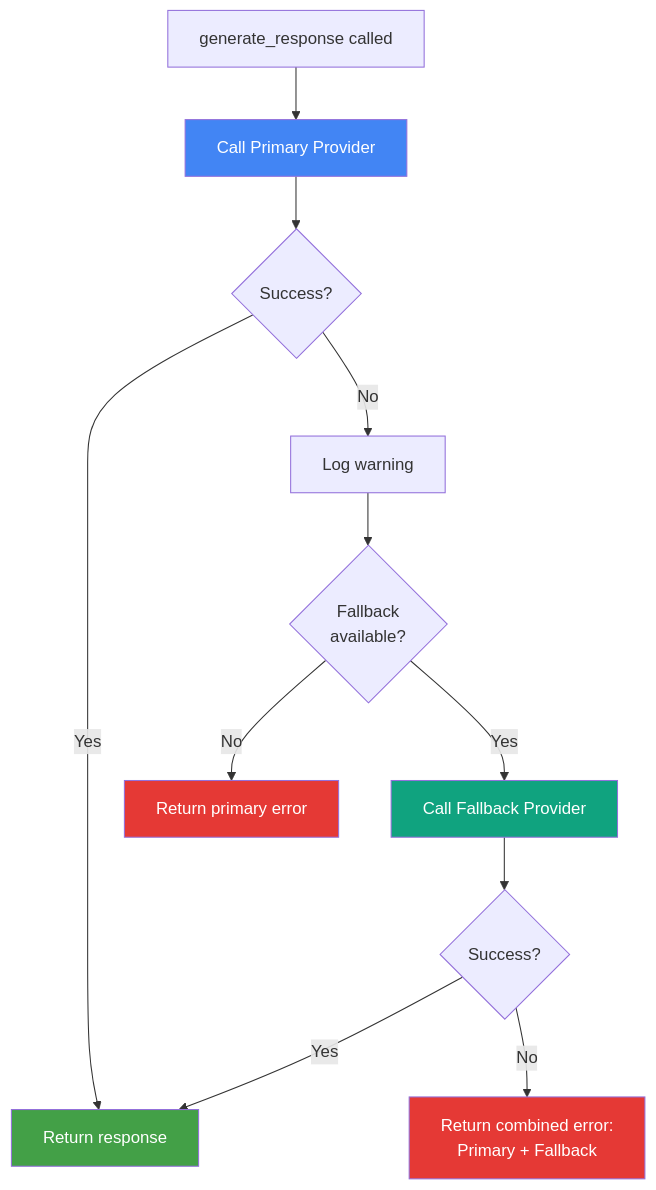
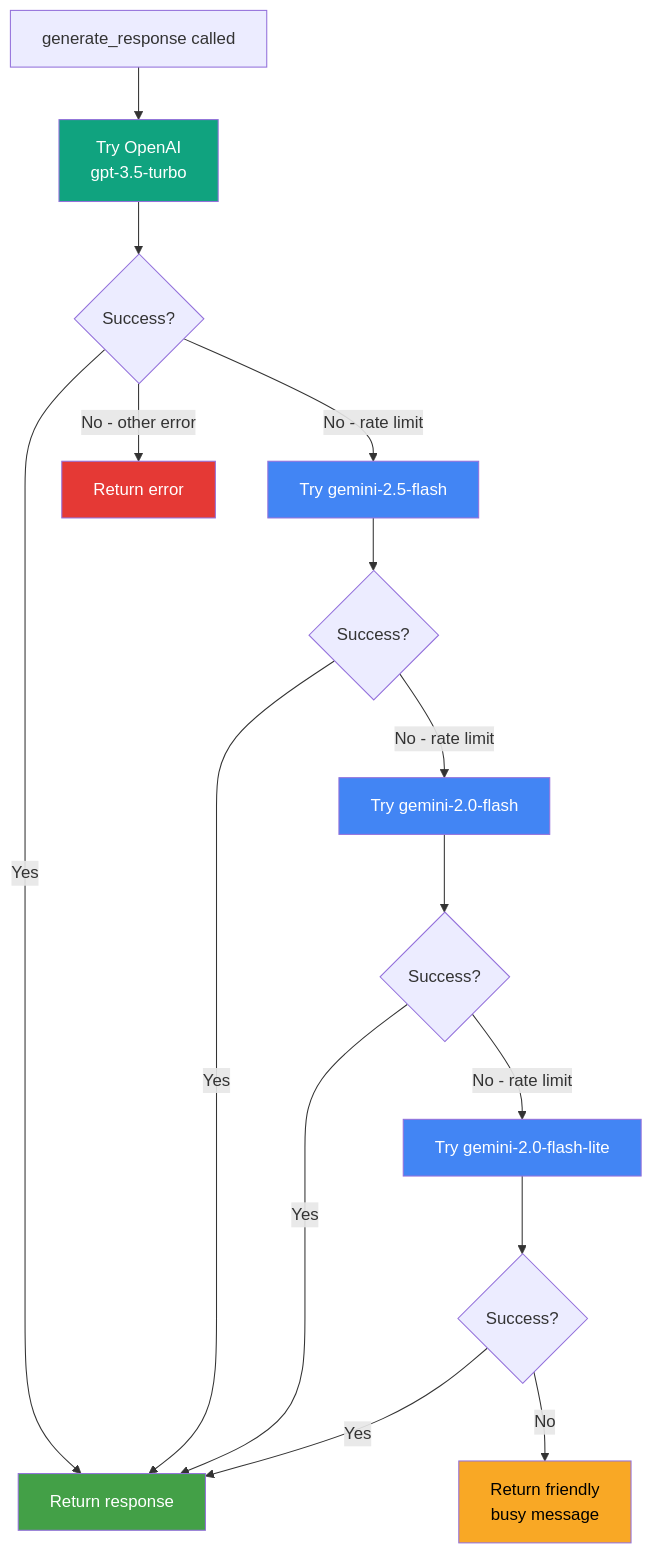
The fourth of 6 diagrams in README.md (EHTESHAM1231/chatbot), drawn with Mermaid before and after one commit. The commit also changed other lines of this file, not shown here.

````diff
--- a/README.md
+++ b/README.md
@@ -139,19 +192,25 @@
 ```mermaid
 flowchart TD
-    START[generate_response called] --> P[Call Primary Provider]
-    P --> PS{Success?}
-    PS -->|Yes| DONE[Return response]
-    PS -->|No| LOG1[Log warning]
-    LOG1 --> FB{Fallback<br/>available?}
-    FB -->|No| ERR1[Return primary error]
-    FB -->|Yes| F[Call Fallback Provider]
-    F --> FS{Success?}
-    FS -->|Yes| DONE
-    FS -->|No| ERR2[Return combined error:<br/>Primary + Fallback]
+    START[generate_response called] --> P1[Try OpenAI<br/>gpt-3.5-turbo]
+    P1 --> S1{Success?}
+    S1 -->|Yes| DONE[Return response]
+    S1 -->|No - rate limit| P2[Try gemini-2.5-flash]
+    S1 -->|No - other error| ERR[Return error]
+    P2 --> S2{Success?}
+    S2 -->|Yes| DONE
+    S2 -->|No - rate limit| P3[Try gemini-2.0-flash]
+    P3 --> S3{Success?}
+    S3 -->|Yes| DONE
+    S3 -->|No - rate limit| P4[Try gemini-2.0-flash-lite]
+    P4 --> S4{Success?}
+    S4 -->|Yes| DONE
+    S4 -->|No| FRIENDLY[Return friendly<br/>busy message]
 
-    style P fill:#4285F4,color:#fff
-    style F fill:#10a37f,color:#fff
     style DONE fill:#43a047,color:#fff
-    style ERR1 fill:#e53935,color:#fff
-    style ERR2 fill:#e53935,color:#fff
+    style ERR fill:#e53935,color:#fff
+    style FRIENDLY fill:#f9a825,color:#000
+    style P1 fill:#10a37f,color:#fff
+    style P2 fill:#4285F4,color:#fff
+    style P3 fill:#4285F4,color:#fff
+    style P4 fill:#4285F4,color:#fff
 ```
````
